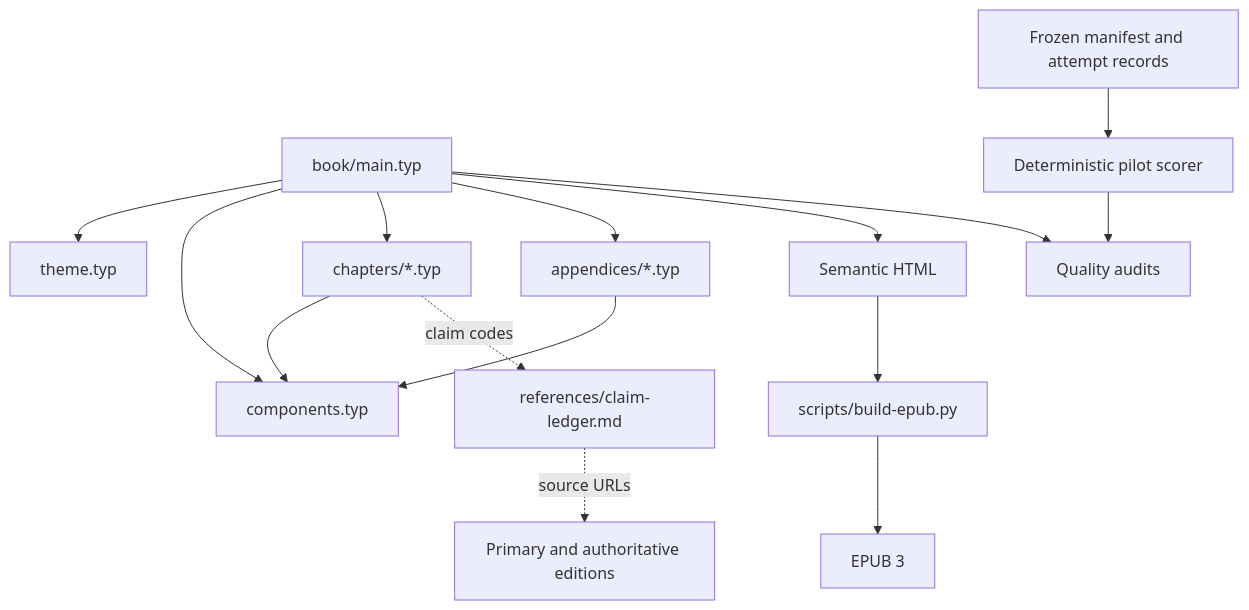
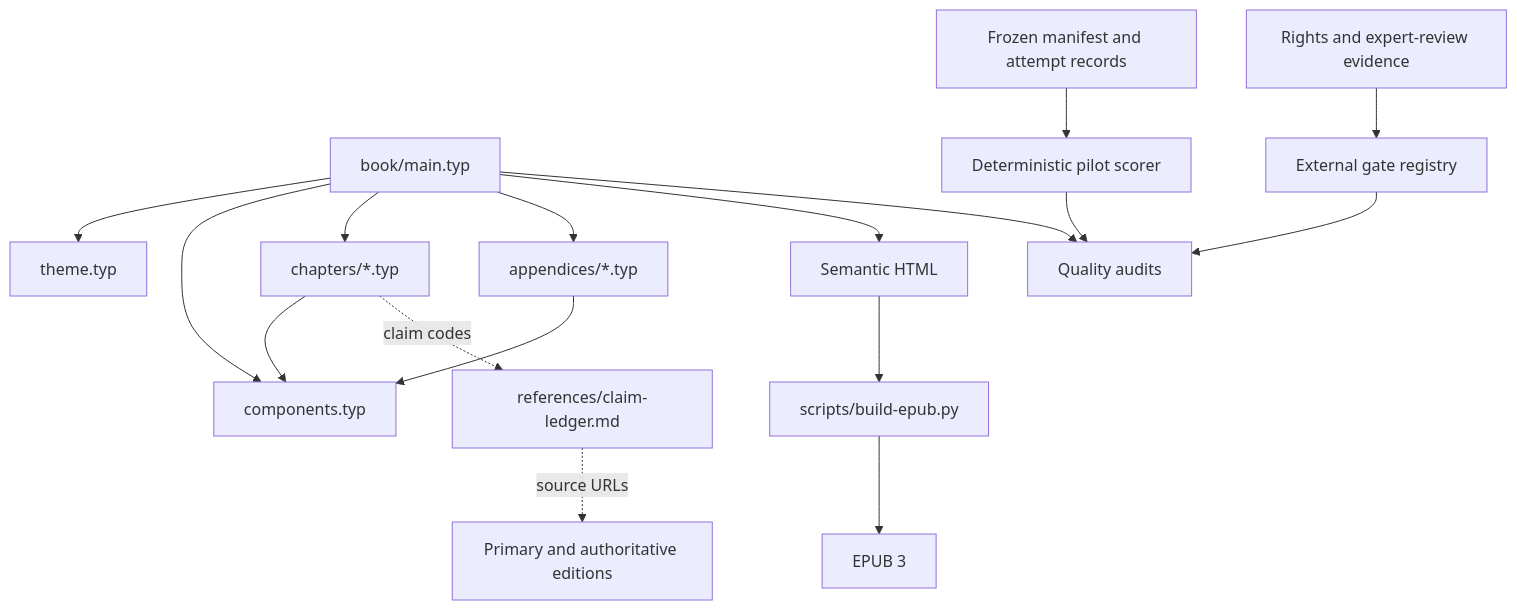
Before and after one commit to streamentry/streamentry: the second of 5 diagrams in AGENTS.md, drawn with Mermaid. The commit also changed other lines of this file and 32 other files, not shown here.

````diff
--- a/AGENTS.md
+++ b/AGENTS.md
@@ -78,17 +84,19 @@
 ```mermaid
 flowchart TB
   M["book/main.typ"] --> T["theme.typ"]
   M --> C["components.typ"]
   M --> H["chapters/*.typ"]
   M --> A["appendices/*.typ"]
   M --> E["Semantic HTML"]
   E --> P["scripts/build-epub.py"]
   P --> U["EPUB 3"]
   M --> Q["Quality audits"]
   N["Frozen manifest and attempt records"] --> G["Deterministic pilot scorer"]
   G --> Q
+  X["External gate registry"] --> Q
+  R["Rights and expert-review evidence"] --> X
   H --> C
   A --> C
   H -. "claim codes" .-> L["references/claim-ledger.md"]
   L -. "source URLs" .-> S["Primary and authoritative editions"]
 ```
````
